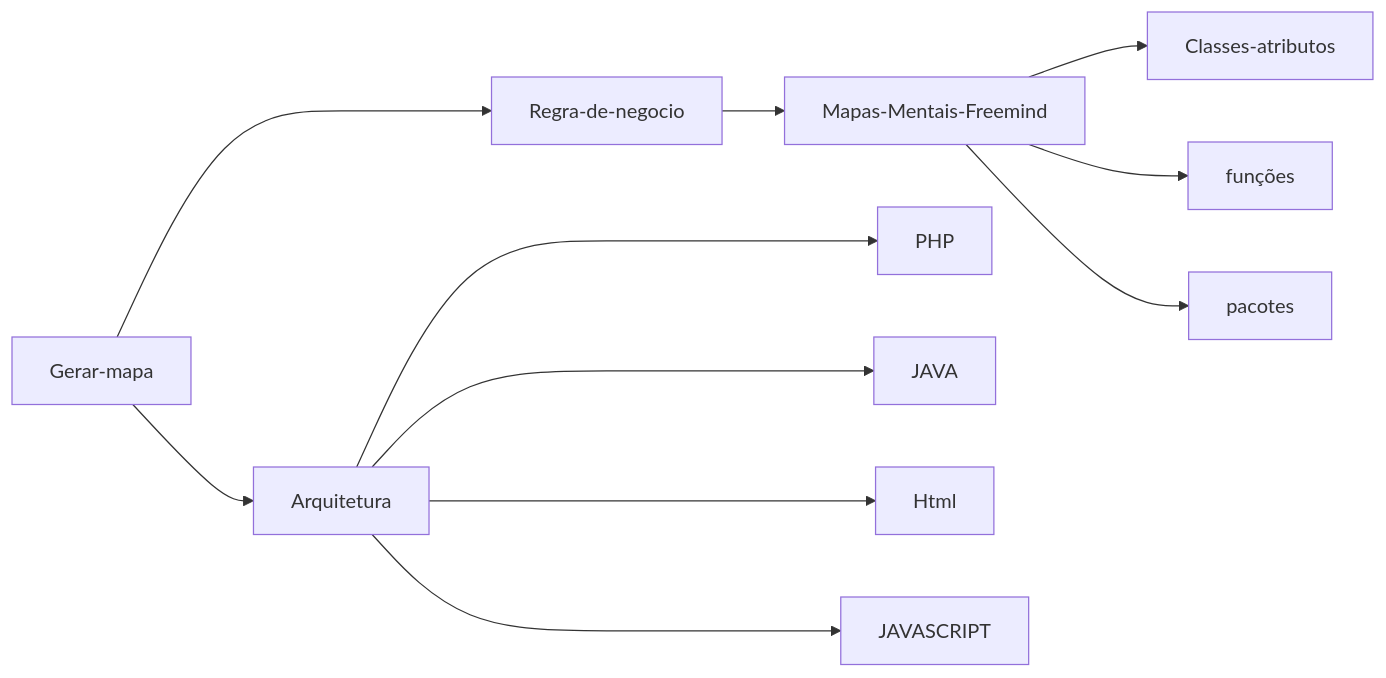
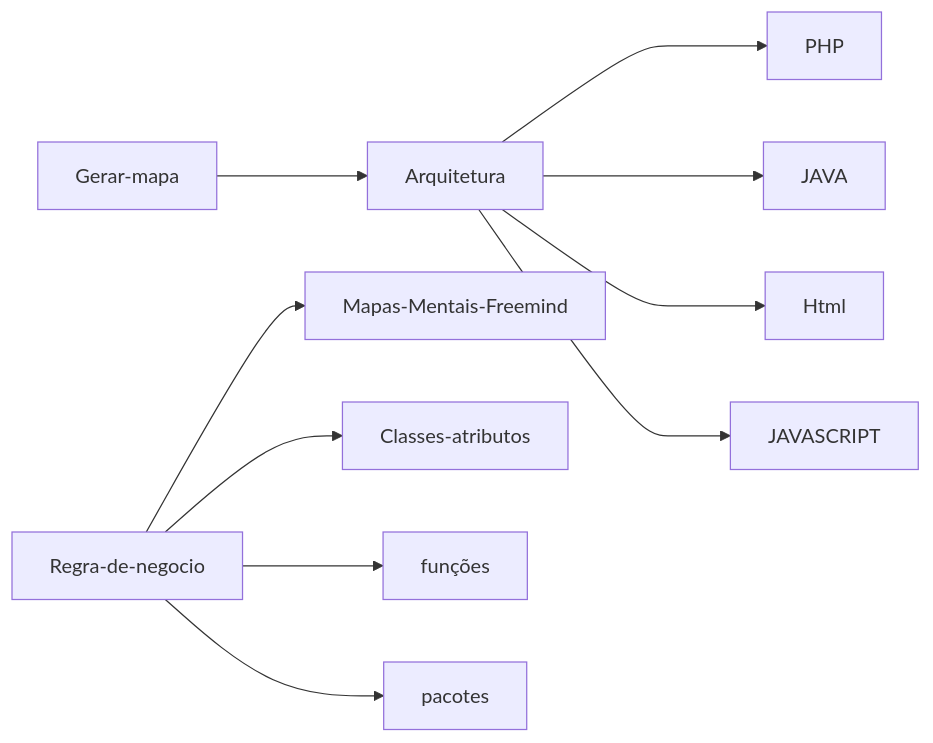
One commit to HamiltonVentura/MapperIdea changed the first of 2 diagrams in Readme.md. Above: the diagram before and after it, drawn with Mermaid.

````diff
--- a/Readme.md
+++ b/Readme.md
@@ -49,13 +49,12 @@
 ```mermaid
 flowchart LR
-    Gerar-mapa --> Arquitetura
-    Gerar-mapa ---> Regra-de-negocio;
+    Gerar-mapa --> Arquitetura  
     Regra-de-negocio --> Mapas-Mentais-Freemind;
-    Mapas-Mentais-Freemind --> Classes-atributos;
-    Mapas-Mentais-Freemind --> funções;
-    Mapas-Mentais-Freemind --> pacotes;
+    Regra-de-negocio --> Classes-atributos;
+    Regra-de-negocio --> funções;
+    Regra-de-negocio --> pacotes;
     Arquitetura --->PHP;
     Arquitetura --->JAVA;
     Arquitetura --->Html;
     Arquitetura --->JAVASCRIPT;     
 ```
````
